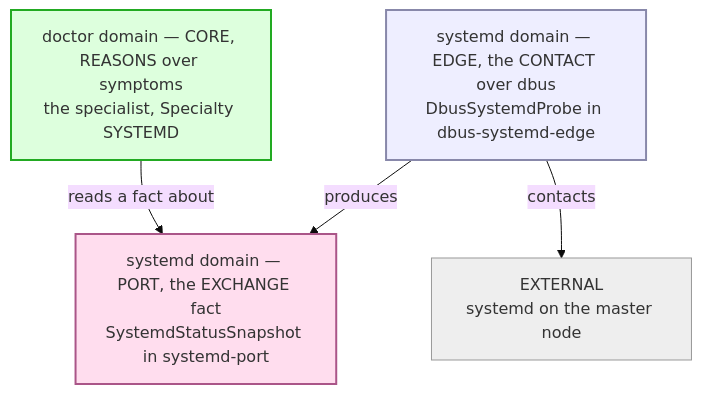
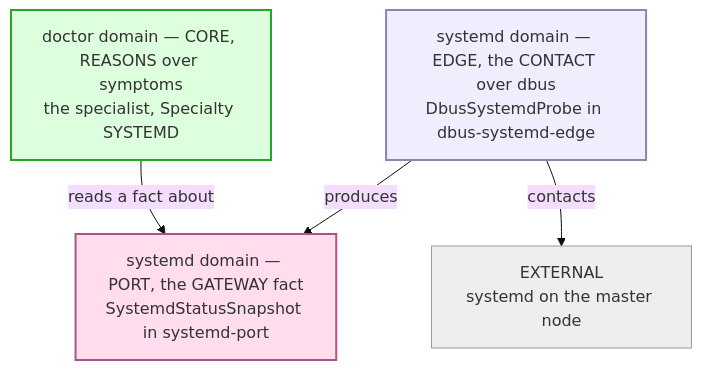
Before and after one commit to nxmatic/rke2lab: the sixth of 13 diagrams in docs/architecture/osgi/dbus-systemd-edge-spec.adoc, drawn with Mermaid (base theme). The commit also changed 66 other files, not shown here.

First line of the commit message:
refactor(world-gateway): rename "exchange" → "gateway" across the worktree

```diff
--- a/docs/architecture/osgi/dbus-systemd-edge-spec.adoc
+++ b/docs/architecture/osgi/dbus-systemd-edge-spec.adoc
@@ -173,19 +173,19 @@
 [mermaid]
 ....
 flowchart TB
   spec["doctor domain — CORE, REASONS over symptoms<br/>the specialist, Specialty SYSTEMD"]
-  snap["systemd domain — PORT, the EXCHANGE fact<br/>SystemdStatusSnapshot in systemd-port"]
+  snap["systemd domain — PORT, the GATEWAY fact<br/>SystemdStatusSnapshot in systemd-port"]
   edge["systemd domain — EDGE, the CONTACT over dbus<br/>DbusSystemdProbe in dbus-systemd-edge"]
   world["EXTERNAL<br/>systemd on the master node"]
   spec -->|reads a fact about| snap
   edge -->|produces| snap
   edge -->|contacts| world
   classDef core fill:#dfd,stroke:#2a2,stroke-width:2px;
   classDef port fill:#fde,stroke:#a58,stroke-width:2px;
   classDef e fill:#eef,stroke:#88a,stroke-width:2px;
   classDef w fill:#eee,stroke:#999,stroke-width:1px;
   class spec core;
   class snap port;
   class edge e;
   class world w;
 ....
```
